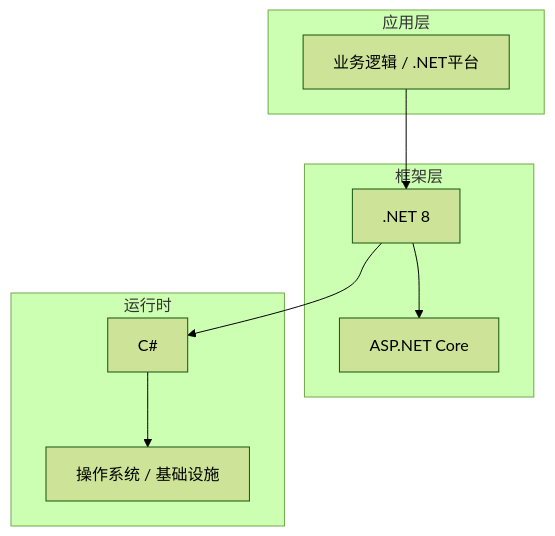
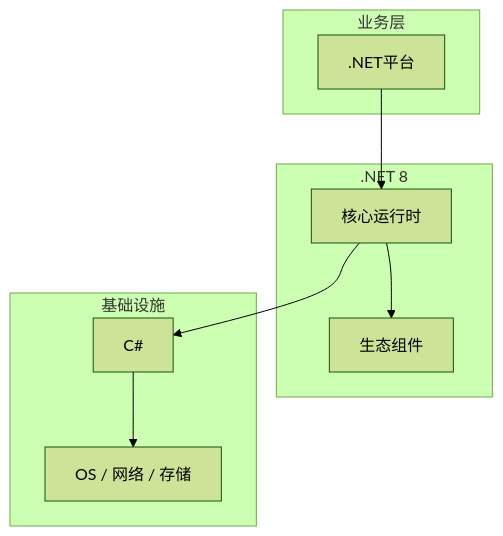
Before and after one commit to yanggan2015/knowledge-json-v2: the diagram in articles/C#/chapters/071-.NET平台核心概念与原理.md, drawn with Mermaid (forest theme). The commit also changed other lines of this file and 10127 other files, not shown here.

````diff
--- a/articles/C#/chapters/071-.NET平台核心概念与原理.md
+++ b/articles/C#/chapters/071-.NET平台核心概念与原理.md
@@ -45,18 +34,18 @@
 ```mermaid
 graph TB
-    subgraph 应用层
-        A[业务逻辑 / .NET平台]
+    subgraph 业务层
+        A[.NET平台]
     end
-    subgraph 框架层
-        B[.NET 8]
-        C[ASP.NET Core]
+    subgraph .NET 8
+        B[核心运行时]
+        C[生态组件]
     end
-    subgraph 运行时
+    subgraph 基础设施
         D[C#]
-        E[操作系统 / 基础设施]
+        E[OS / 网络 / 存储]
     end
     A --> B
     B --> C
     B --> D
     D --> E
 ```
````
